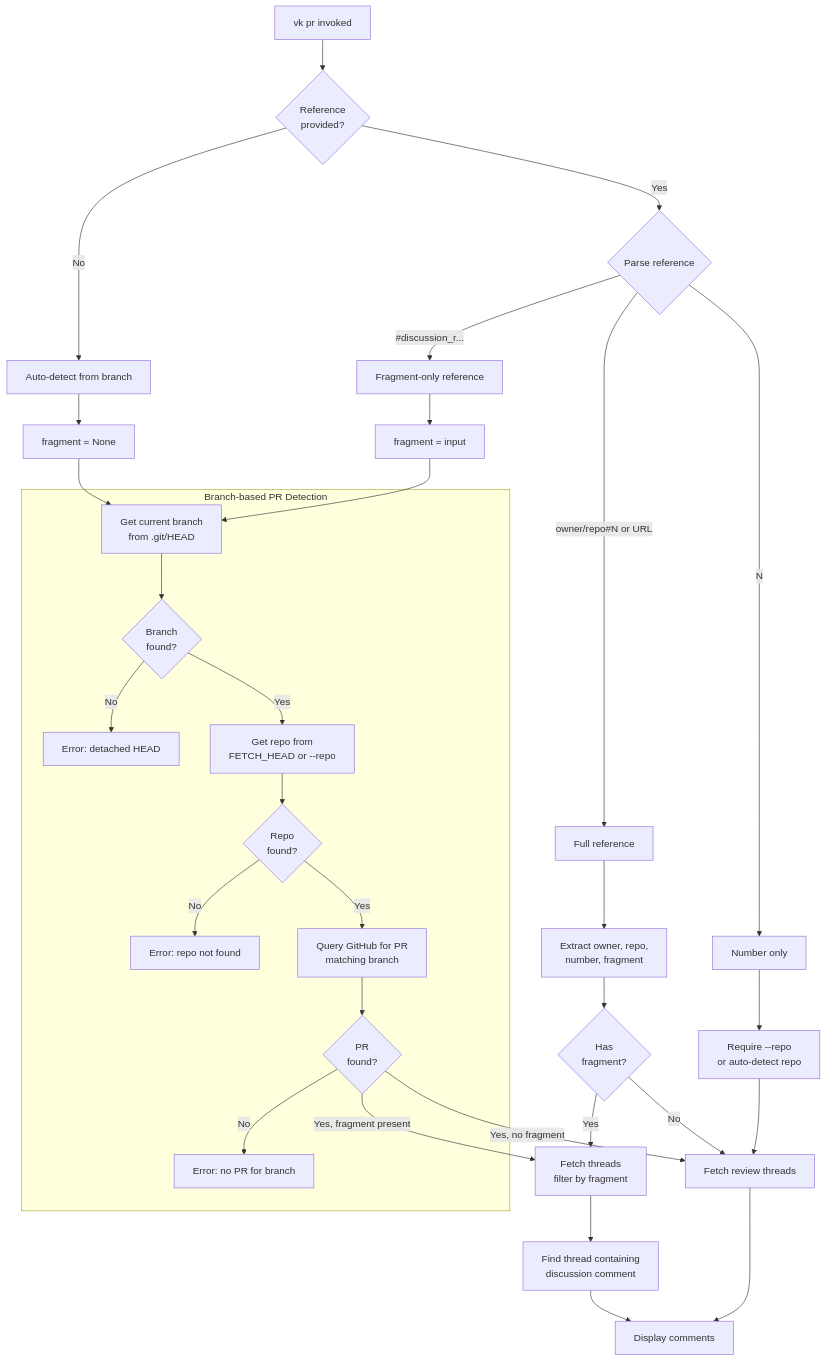
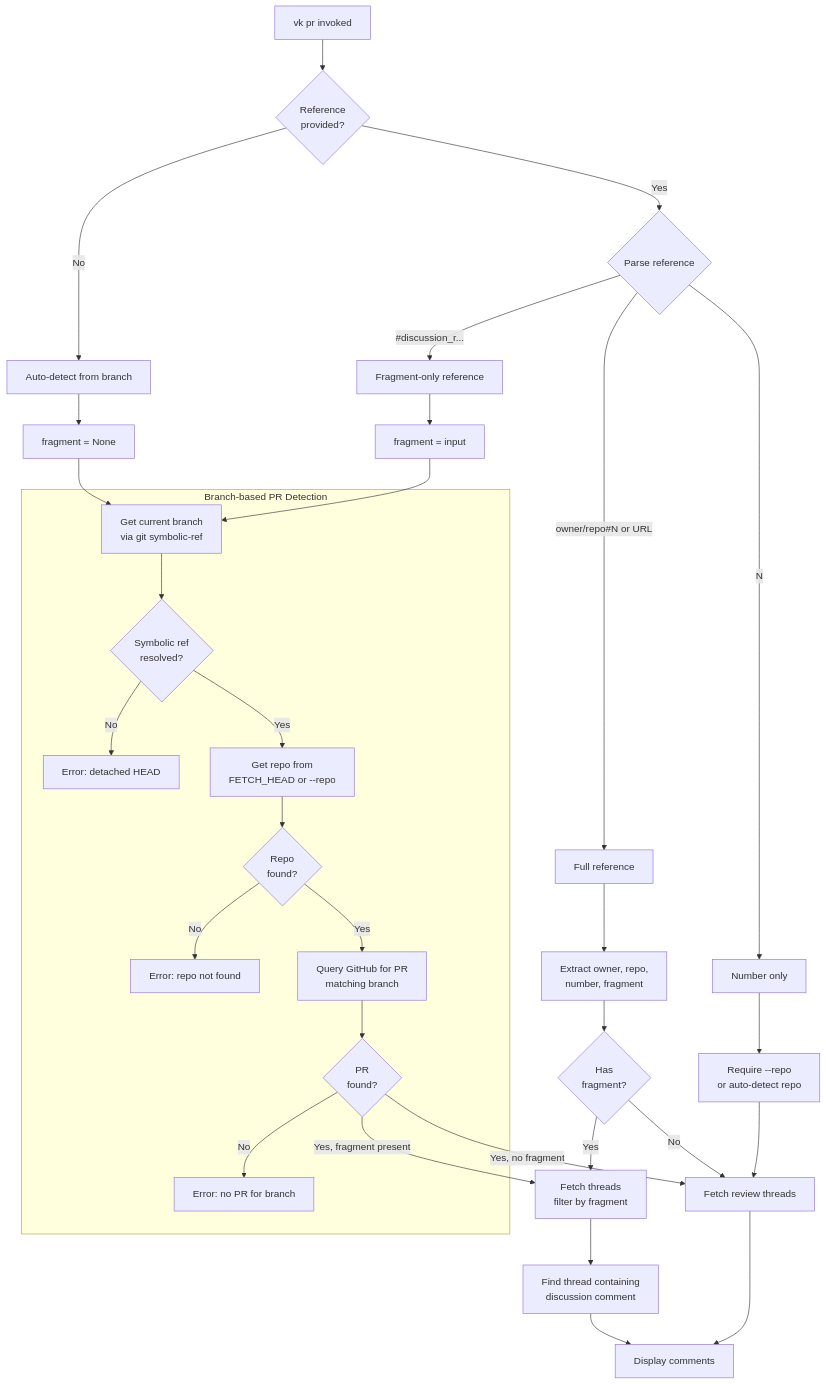
One commit to leynos/vk changed the fourth of 5 diagrams in docs/vk-design.md. Above: the diagram before and after it, drawn with Mermaid. The commit also changed 3 other files, not shown here.

````diff
--- a/docs/vk-design.md
+++ b/docs/vk-design.md
@@ -230,44 +230,44 @@
 ```mermaid
 flowchart TD
     START[vk pr invoked] --> CHECK_REF{Reference<br/>provided?}
 
     CHECK_REF -->|No| AUTO[Auto-detect from branch]
     CHECK_REF -->|Yes| PARSE_REF{Parse reference}
 
     PARSE_REF -->|"#discussion_r..."| FRAG_ONLY[Fragment-only reference]
     PARSE_REF -->|"owner/repo#N" or URL| FULL_REF[Full reference]
     PARSE_REF -->|"N"| NUMBER_ONLY[Number only]
 
     AUTO --> SET_NO_FRAG[fragment = None]
     FRAG_ONLY --> SET_FRAG[fragment = input]
 
     subgraph branch_detect [Branch-based PR Detection]
-        GET_BRANCH[Get current branch<br/>from .git/HEAD]
-        GET_BRANCH --> BRANCH_OK{Branch<br/>found?}
+        GET_BRANCH[Get current branch<br/>via git symbolic-ref]
+        GET_BRANCH --> BRANCH_OK{Symbolic ref<br/>resolved?}
         BRANCH_OK -->|No| ERR_DETACHED[Error: detached HEAD]
         BRANCH_OK -->|Yes| GET_REPO[Get repo from<br/>FETCH_HEAD or --repo]
         GET_REPO --> REPO_OK{Repo<br/>found?}
         REPO_OK -->|No| ERR_REPO[Error: repo not found]
         REPO_OK -->|Yes| QUERY_PR[Query GitHub for PR<br/>matching branch]
         QUERY_PR --> PR_FOUND{PR<br/>found?}
         PR_FOUND -->|No| ERR_NO_PR[Error: no PR for branch]
     end
 
     SET_NO_FRAG --> GET_BRANCH
     SET_FRAG --> GET_BRANCH
 
     PR_FOUND -->|"Yes, fragment present"| FETCH_WITH_FRAG
     PR_FOUND -->|"Yes, no fragment"| FETCH_THREADS
 
     FULL_REF --> EXTRACT[Extract owner, repo,<br/>number, fragment]
     EXTRACT --> HAS_FRAG{Has<br/>fragment?}
     HAS_FRAG -->|Yes| FETCH_WITH_FRAG
     HAS_FRAG -->|No| FETCH_THREADS
 
     NUMBER_ONLY --> NEED_REPO[Require --repo<br/>or auto-detect repo]
     NEED_REPO --> FETCH_THREADS
 
     FETCH_THREADS[Fetch review threads] --> DISPLAY[Display comments]
     FETCH_WITH_FRAG[Fetch threads<br/>filter by fragment] --> FIND_THREAD[Find thread containing<br/>discussion comment]
     FIND_THREAD --> DISPLAY
 ```
````
